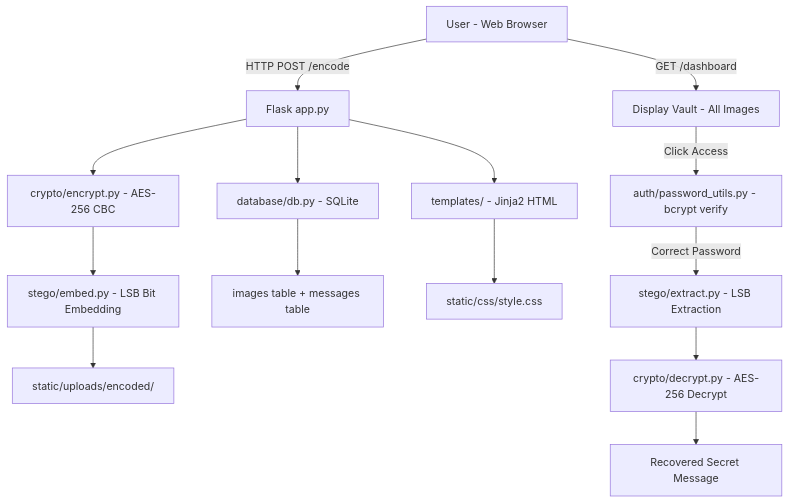
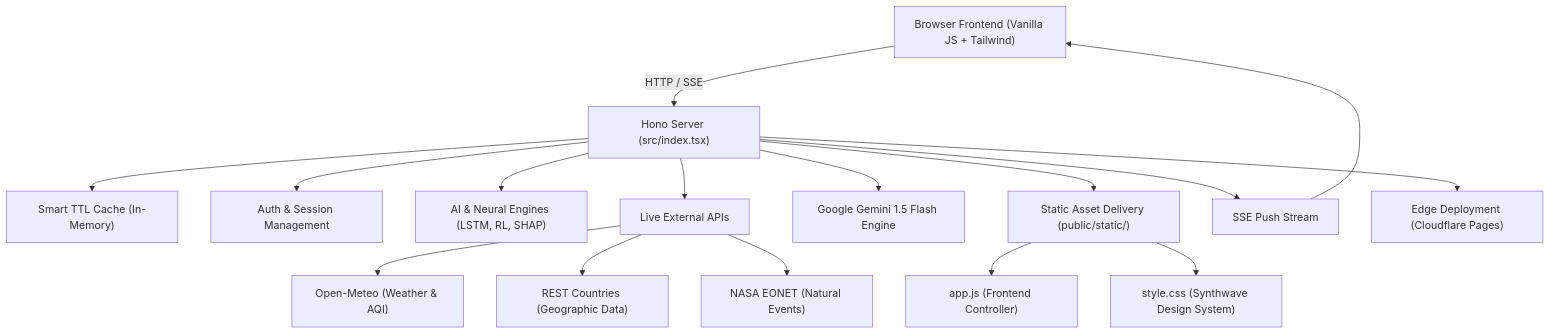
The diagram in README.md (jeswanth90630/Ecotwin), drawn with Mermaid before and after one commit. The commit also changed other lines of this file, not shown here.

````diff
--- a/README.md
+++ b/README.md
@@ -156,18 +192,18 @@
 ```mermaid
 graph TD
-    A["User - Web Browser"] -->|HTTP POST /encode| B["Flask app.py"]
-    B --> C["crypto/encrypt.py - AES-256 CBC"]
-    C --> D["stego/embed.py - LSB Bit Embedding"]
-    D --> E["static/uploads/encoded/"]
-    B --> F["database/db.py - SQLite"]
-    F --> G["images table + messages table"]
-    
-    A -->|GET /dashboard| H["Display Vault - All Images"]
-    H -->|Click Access| I["auth/password_utils.py - bcrypt verify"]
-    I -->|Correct Password| J["stego/extract.py - LSB Extraction"]
-    J --> K["crypto/decrypt.py - AES-256 Decrypt"]
-    K --> L["Recovered Secret Message"]
-    
-    B --> M["templates/ - Jinja2 HTML"]
-    M --> N["static/css/style.css"]
+    A["Browser Frontend (Vanilla JS + Tailwind)"] -->|HTTP / SSE| B["Hono Server (src/index.tsx)"]
+    B --> C["Smart TTL Cache (In-Memory)"]
+    B --> D["Auth & Session Management"]
+    B --> E["AI & Neural Engines (LSTM, RL, SHAP)"]
+    B --> F["Live External APIs"]
+    F --> G["Open-Meteo (Weather & AQI)"]
+    F --> H["REST Countries (Geographic Data)"]
+    F --> I["NASA EONET (Natural Events)"]
+    B --> J["Google Gemini 1.5 Flash Engine"]
+    B --> K["Static Asset Delivery (public/static/)"]
+    K --> L["app.js (Frontend Controller)"]
+    K --> M["style.css (Synthwave Design System)"]
+    B --> N["SSE Push Stream"]
+    N --> A
+    B --> O["Edge Deployment (Cloudflare Pages)"]
 ```
````
